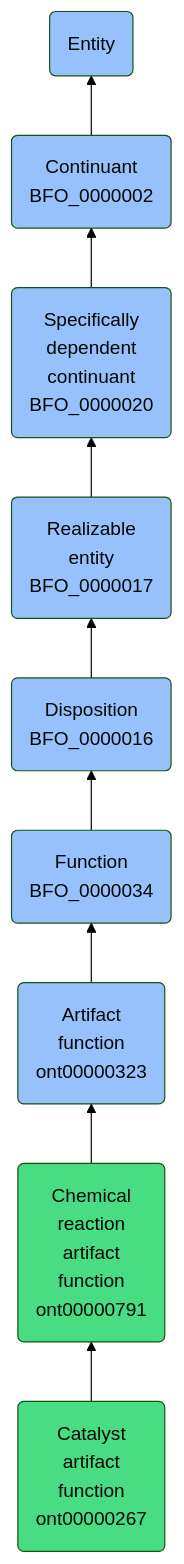
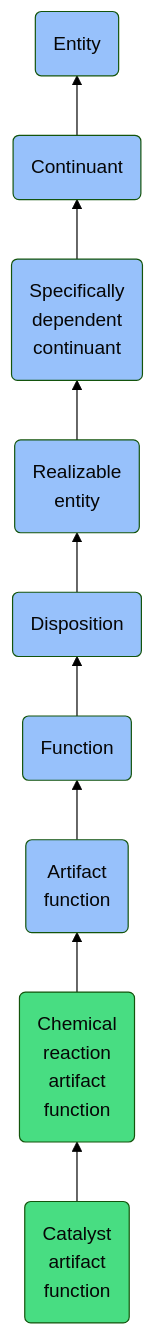
The diagram in docs/ontology/reference/model/Entity/Continuant/Specifically dependent continuant/Realizable entity/Disposition/Function/Artifact function/Chemical reaction artifact function/Catalyst artifact function/Catalyst artifact function.md (jupyter-naas/abi), drawn with Mermaid (forest theme) before and after one commit. The commit also changed other lines of this file and 1430 other files, not shown here.

````diff
--- a/docs/ontology/reference/model/Entity/Continuant/Specifically dependent continuant/Realizable entity/Disposition/Function/Artifact function/Chemical reaction artifact function/Catalyst artifact function/Catalyst artifact function.md
+++ b/docs/ontology/reference/model/Entity/Continuant/Specifically dependent continuant/Realizable entity/Disposition/Function/Artifact function/Chemical reaction artifact function/Catalyst artifact function/Catalyst artifact function.md
@@ -24,16 +24,16 @@
 ```mermaid
 graph BT
-    ont00000267(Catalyst<br>artifact<br>function<br>ont00000267):::ABI-->ont00000791
-    ont00000791(Chemical<br>reaction<br>artifact<br>function<br>ont00000791):::ABI-->ont00000323
-    ont00000323(Artifact<br>function<br>ont00000323):::BFO-->BFO_0000034
-    BFO_0000034(Function<br>BFO_0000034):::BFO-->BFO_0000016
-    BFO_0000016(Disposition<br>BFO_0000016):::BFO-->BFO_0000017
-    BFO_0000017(Realizable<br>entity<br>BFO_0000017):::BFO-->BFO_0000020
-    BFO_0000020(Specifically<br>dependent<br>continuant<br>BFO_0000020):::BFO-->BFO_0000002
-    BFO_0000002(Continuant<br>BFO_0000002):::BFO-->BFO_0000001
+    ont00000267(Catalyst<br>artifact<br>function):::ABI-->ont00000791
+    ont00000791(Chemical<br>reaction<br>artifact<br>function):::ABI-->ont00000323
+    ont00000323(Artifact<br>function):::BFO-->BFO_0000034
+    BFO_0000034(Function):::BFO-->BFO_0000016
+    BFO_0000016(Disposition):::BFO-->BFO_0000017
+    BFO_0000017(Realizable<br>entity):::BFO-->BFO_0000020
+    BFO_0000020(Specifically<br>dependent<br>continuant):::BFO-->BFO_0000002
+    BFO_0000002(Continuant):::BFO-->BFO_0000001
     BFO_0000001(Entity):::BFO
     
     classDef BFO fill:#97c1fb,color:#060606
     classDef CCO fill:#e4c51e,color:#060606
     classDef ABI fill:#48DD82,color:#060606
 ```
````
